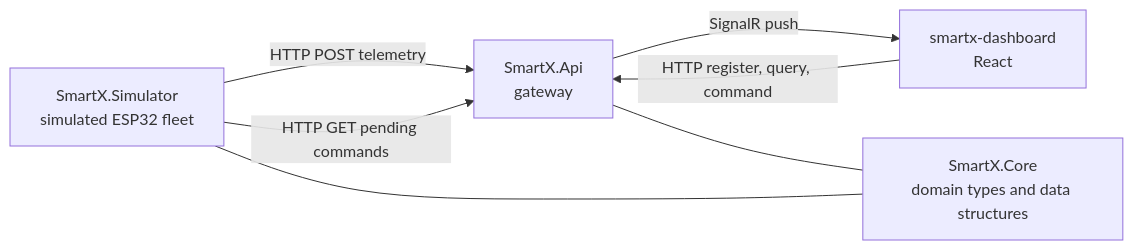
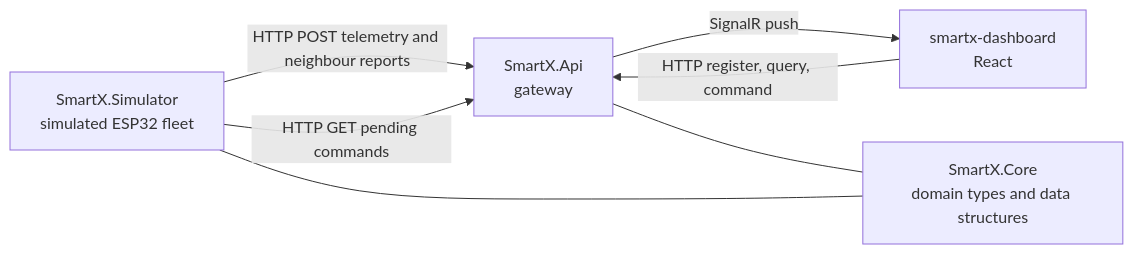
The first of 2 diagrams in README.md (st10434242/st10434242-prog7312-poe), drawn with Mermaid before and after one commit. The commit also changed other lines of this file and 3 other files, not shown here.

````diff
--- a/README.md
+++ b/README.md
@@ -109,14 +135,14 @@
 ```mermaid
 flowchart LR
   SIM["SmartX.Simulator<br/>simulated ESP32 fleet"]
   API["SmartX.Api<br/>gateway"]
   CORE["SmartX.Core<br/>domain types and data structures"]
   UI["smartx-dashboard<br/>React"]
 
-  SIM -->|"HTTP POST telemetry"| API
+  SIM -->|"HTTP POST telemetry and neighbour reports"| API
   SIM -->|"HTTP GET pending commands"| API
   API -->|"SignalR push"| UI
   UI -->|"HTTP register, query, command"| API
   API --- CORE
   SIM --- CORE
 ```
````
